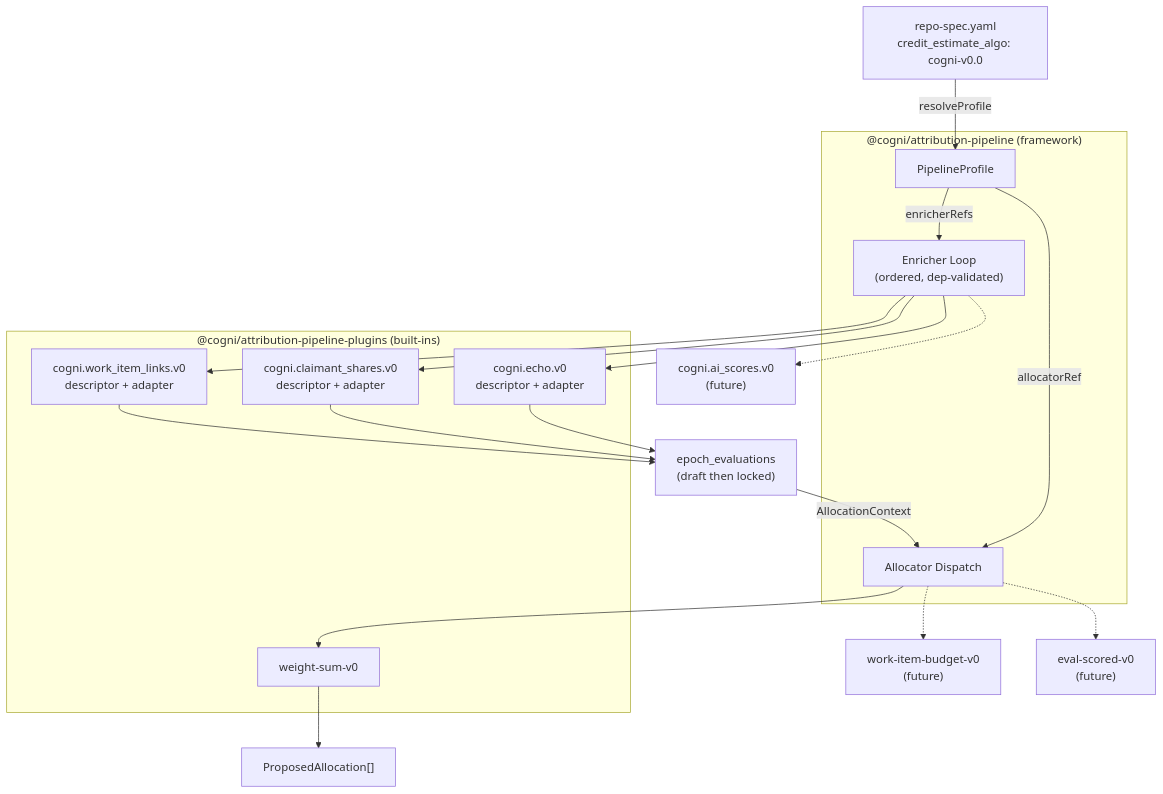
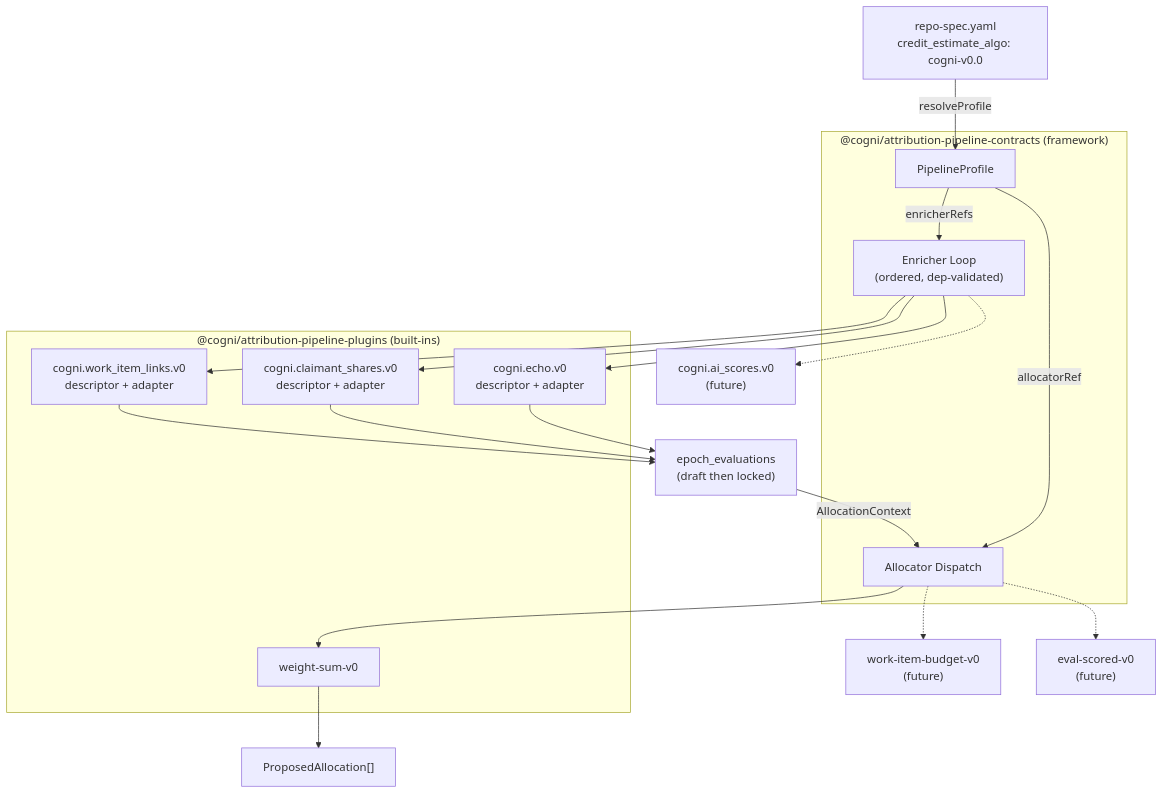
One commit to Cogni-DAO/cogni changed the diagram in docs/spec/plugin-attribution-pipeline.md. Above: the diagram before and after it, drawn with Mermaid. The commit also changed other lines of this file and 117 other files, not shown here.

Commit message:
feat(attribution): scaffold pipeline contracts + plugins packages (#506)

````diff
--- a/docs/spec/plugin-attribution-pipeline.md
+++ b/docs/spec/plugin-attribution-pipeline.md
@@ -35,35 +35,35 @@
 ```mermaid
 graph TD
     RS["repo-spec.yaml<br/>credit_estimate_algo: cogni-v0.0"] -->|resolveProfile| P["PipelineProfile"]
     P -->|enricherRefs| EL["Enricher Loop<br/>(ordered, dep-validated)"]
     P -->|allocatorRef| AD["Allocator Dispatch"]
 
     EL --> E1["cogni.echo.v0<br/>descriptor + adapter"]
     EL --> E2["cogni.claimant_shares.v0<br/>descriptor + adapter"]
     EL --> E3["cogni.work_item_links.v0<br/>descriptor + adapter"]
     EL -.-> E4["cogni.ai_scores.v0<br/>(future)"]
 
     E1 --> EV["epoch_evaluations<br/>(draft then locked)"]
     E2 --> EV
     E3 --> EV
 
     EV -->|AllocationContext| AD
     AD --> WS["weight-sum-v0"]
     AD -.-> WB["work-item-budget-v0<br/>(future)"]
     AD -.-> ES["eval-scored-v0<br/>(future)"]
 
     WS --> PA["ProposedAllocation[]"]
 
-    subgraph "@cogni/attribution-pipeline (framework)"
+    subgraph "@cogni/attribution-pipeline-contracts (framework)"
         P
         EL
         AD
     end
 
     subgraph "@cogni/attribution-pipeline-plugins (built-ins)"
         E1
         E2
         E3
         WS
     end
 ```
````
